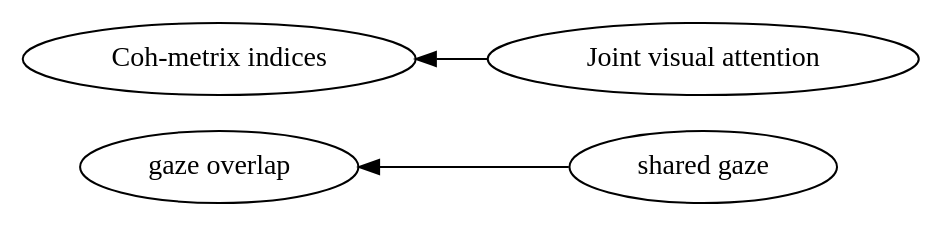
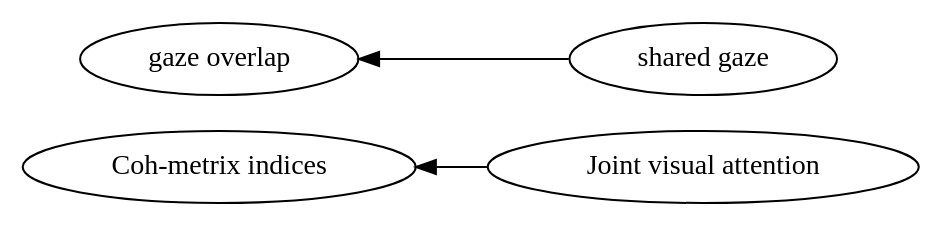
Before and after one commit to hgse-schneider/mmca: the diagram in graphviz/Gaze -> other.gv, drawn with Graphviz. The commit also changed 174 other files, not shown here.

```diff
--- a/graphviz/Gaze -> other.gv
+++ b/graphviz/Gaze -> other.gv
@@ -1,12 +1,12 @@
 digraph Test {
 	rankdir=RL
 	size="15,15"
 	overlap=false
 	splines=true
-	{rank=same; "shared gaze" "Joint visual attention";}
-	{rank=same; "Coh-metrix indices" "gaze overlap";}
-	"Joint visual attention" [href="https://scholar.google.com/scholar?hl=en&q=An%20Interactive%20Table%20for%20Supporting%20Participation%20Balance%20in%20Face-to-Face%20Collaborative%20Learning"]
+	{rank=same; "Joint visual attention" "shared gaze";}
+	{rank=same; "gaze overlap" "Coh-metrix indices";}
+	"Joint visual attention" [href="https://scholar.google.com/scholar?hl=en&q=Predicting%20the%20Quality%20of%20Collaborative%20Problem%20Solving%20Through%20Linguistic%20Analysis%20of%20Discourse"]
 	"Joint visual attention" -> "Coh-metrix indices"
-	"shared gaze" [href="https://scholar.google.com/scholar?hl=en&q=An%20Interactive%20Table%20for%20Supporting%20Participation%20Balance%20in%20Face-to-Face%20Collaborative%20Learning"]
+	"shared gaze" [href="https://scholar.google.com/scholar?hl=en&q=Effects%20of%20Shared%20Gaze%20on%20Audio-%20Versus%20Text-Based%20Remote%20Collaborations"]
 	"shared gaze" -> "gaze overlap"
 }
```
